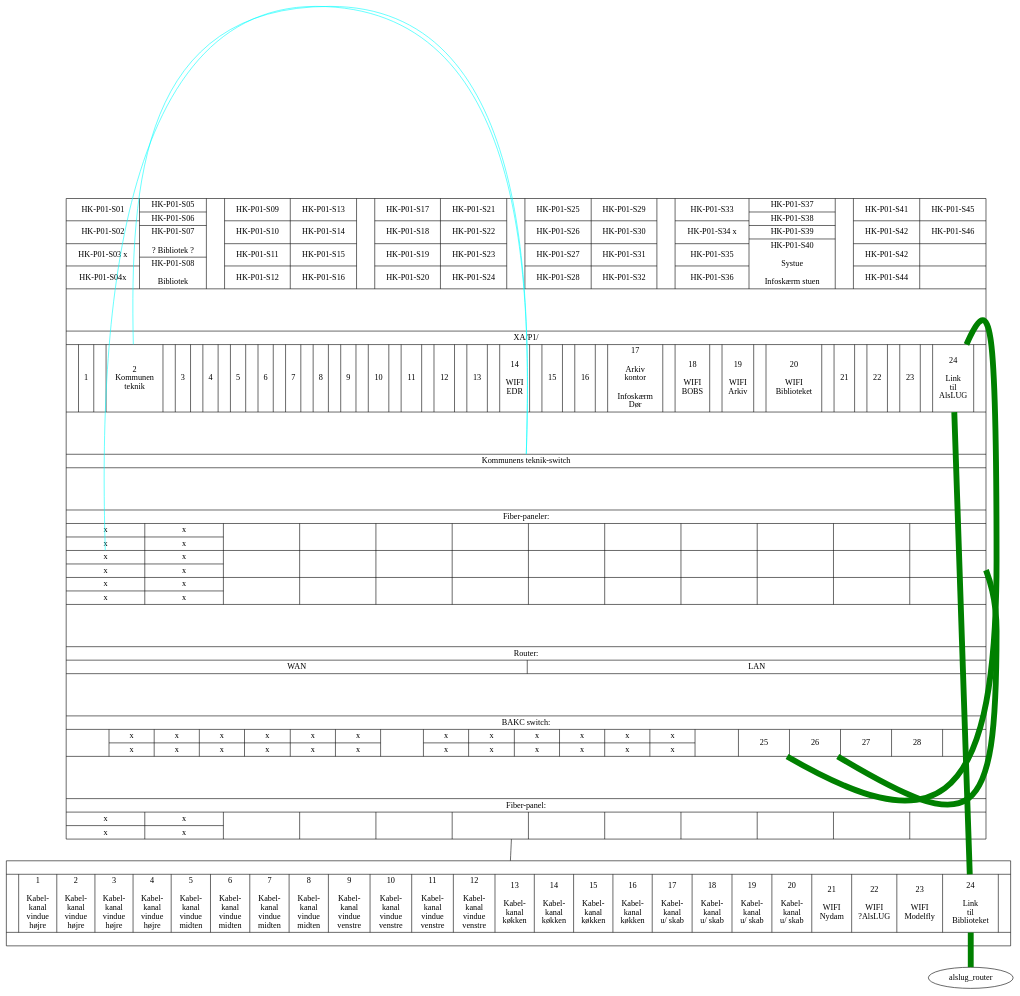
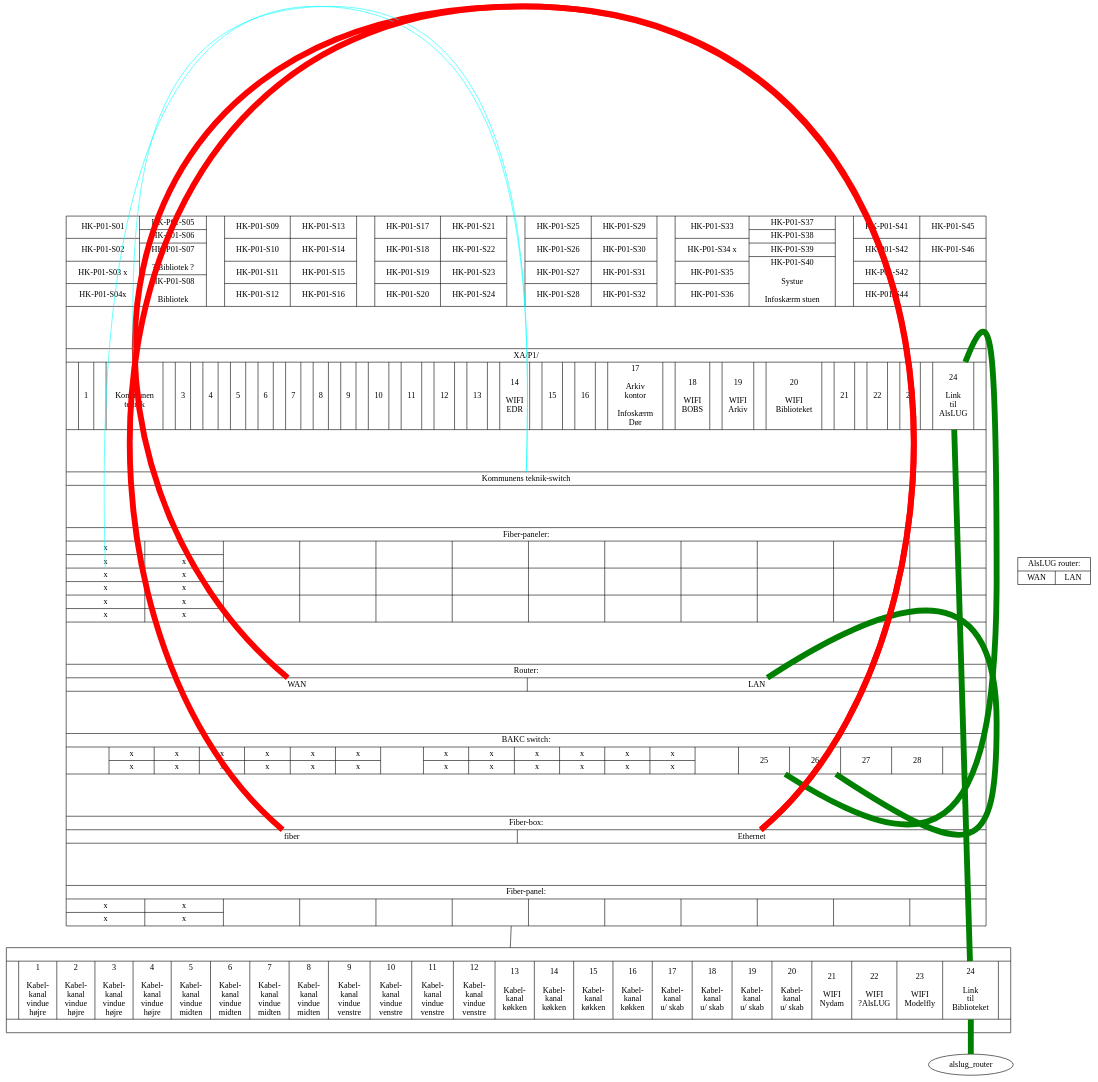
One commit to alslug/alslug.dk changed the diagram in projekter/patch-paneler.dot. Above: the diagram before and after it, drawn with Graphviz.

```diff
--- a/projekter/patch-paneler.dot
+++ b/projekter/patch-paneler.dot
@@ -133,15 +133,17 @@
 					|
 					{{x|x}|{x|x}||||||||||}
 					|\n\n\n\n|Router:|
-					{WAN|LAN}
+					{<route_wan> WAN|<router_lan> LAN}
 					|\n\n\n\n|BAKC switch:|
 					{
 						|{x|x}|{x|x}|{x|x}|{x|x}|{x|x}|{x|x}|
 						|{x|x}|{x|x}|{x|x}|{x|x}|{x|x}|{x|x}|
 						|<switch_25> 25|<switch_26> 26|27|<switch_fiber> 28|
 					}
+					|\n\n\n\n|Fiber-box:|
+					{<stofabox_fiber> fiber|<stofabox_ethernet> Ethernet}
 					|\n\n\n\n|Fiber-panel:|
-					{{x|x}|{x|x}||||||||||}
+					{{<stofabox_ethernet> x|x}|{x|x}||||||||||}
 				}" ];
   alslug_patch [ shape=record label="{
 					|{|
@@ -194,8 +196,12 @@
 						<24> 24 \n\nLink\ntil\nBiblioteket
 					|}|
                                       }" ];
+  alslug_route [ shape=record label="{AlsLUG router:|{<wan> WAN|<lan> LAN}}" ];
+  bib_patch:stofabox_ethernet -> bib_patch:route_wan [ color=red penwidth=10 ];
+  bib_patch:router_lan -> bib_patch:switch_26 [ color=green penwidth=10 ];
+  bib_patch:switch_25 -> bib_patch:xa_p1_24 -> alslug_patch:24 -> alslug_router:wan [ color=green penwidth=10 ];
+
   bib_patch -> alslug_patch;
   bib_patch:xa_p1_2 -> bib_patch:kom_switch -> bib_patch:kom_fiber [ color=cyan ];
-  bib_patch:switch_25 -> bib_patch:xa_p1_24 -> alslug_patch:24 -> alslug_router:wan [ color=green penwidth=10 ];
-  bib_patch:switch_26 -> bib_patch:router_lan [ color=green penwidth=10 ];
+  bib_patch:stofabox_ethernet -> bib_patch:stofabox_fiber [ color=red penwidth=10 ];
 }
```
